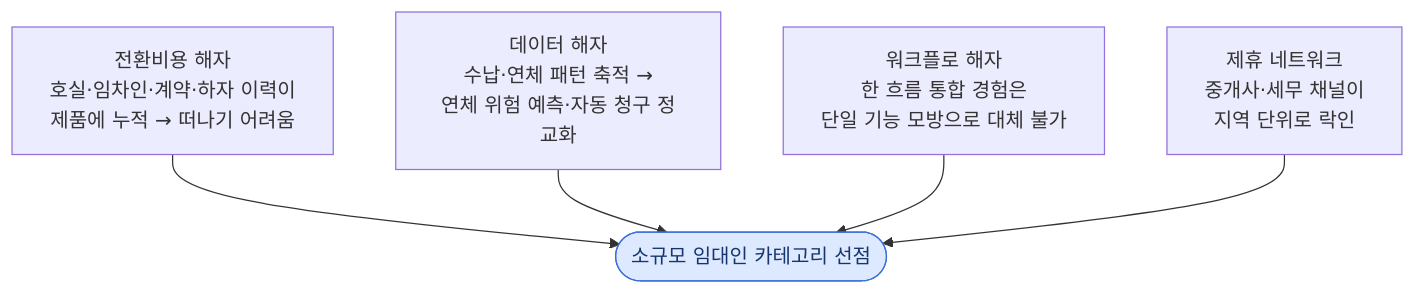
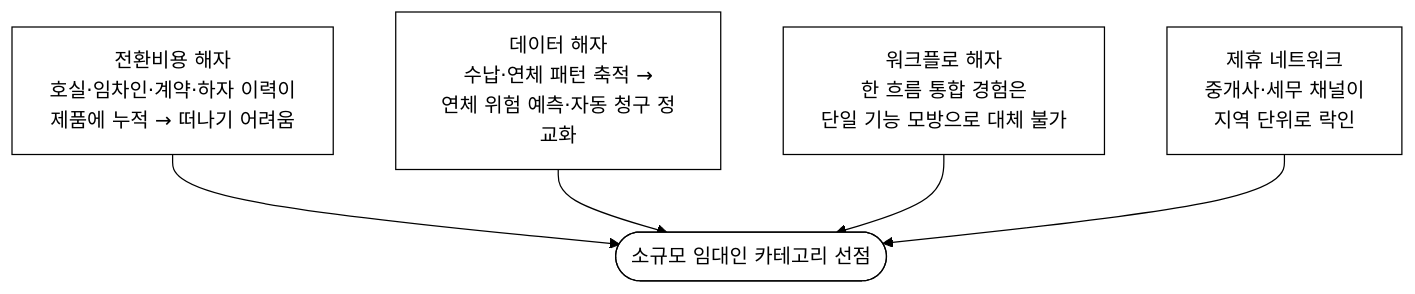
The seventh of 8 diagrams in 2026-saas-rental-manager/biz/1_제안서.md (iamywl/k_startup_spare), drawn with Mermaid before and after one commit. The commit also changed other lines of this file and 3 other files, not shown here.

````diff
--- a/2026-saas-rental-manager/biz/1_제안서.md
+++ b/2026-saas-rental-manager/biz/1_제안서.md
@@ -289,10 +289,9 @@
 ```mermaid
+%%{init: {'theme':'base','themeVariables':{'background':'#ffffff','primaryColor':'#ffffff','primaryBorderColor':'#000000','primaryTextColor':'#000000','secondaryColor':'#ffffff','secondaryBorderColor':'#000000','secondaryTextColor':'#000000','tertiaryColor':'#ffffff','tertiaryBorderColor':'#000000','tertiaryTextColor':'#000000','mainBkg':'#ffffff','secondBkg':'#ffffff','lineColor':'#000000','textColor':'#000000','clusterBkg':'#ffffff','clusterBorder':'#000000','edgeLabelBackground':'#ffffff','actorBkg':'#ffffff','actorBorder':'#000000','noteBkgColor':'#ffffff','noteBorderColor':'#000000','signalColor':'#000000','signalTextColor':'#000000','fontFamily':'Georgia, serif'}}}%%
 flowchart TD
     D1["전환비용 해자<br/>호실·임차인·계약·하자 이력이<br/>제품에 누적 → 떠나기 어려움"]
     D2["데이터 해자<br/>수납·연체 패턴 축적 →<br/>연체 위험 예측·자동 청구 정교화"]
     D3["워크플로 해자<br/>한 흐름 통합 경험은<br/>단일 기능 모방으로 대체 불가"]
     D4["제휴 네트워크<br/>중개사·세무 채널이<br/>지역 단위로 락인"]
     D1 & D2 & D3 & D4 --> MOAT(["소규모 임대인 카테고리 선점"])
-    classDef m fill:#dde9ff,stroke:#3b6fd6,color:#16356f;
-    class MOAT m;
 ```
````
